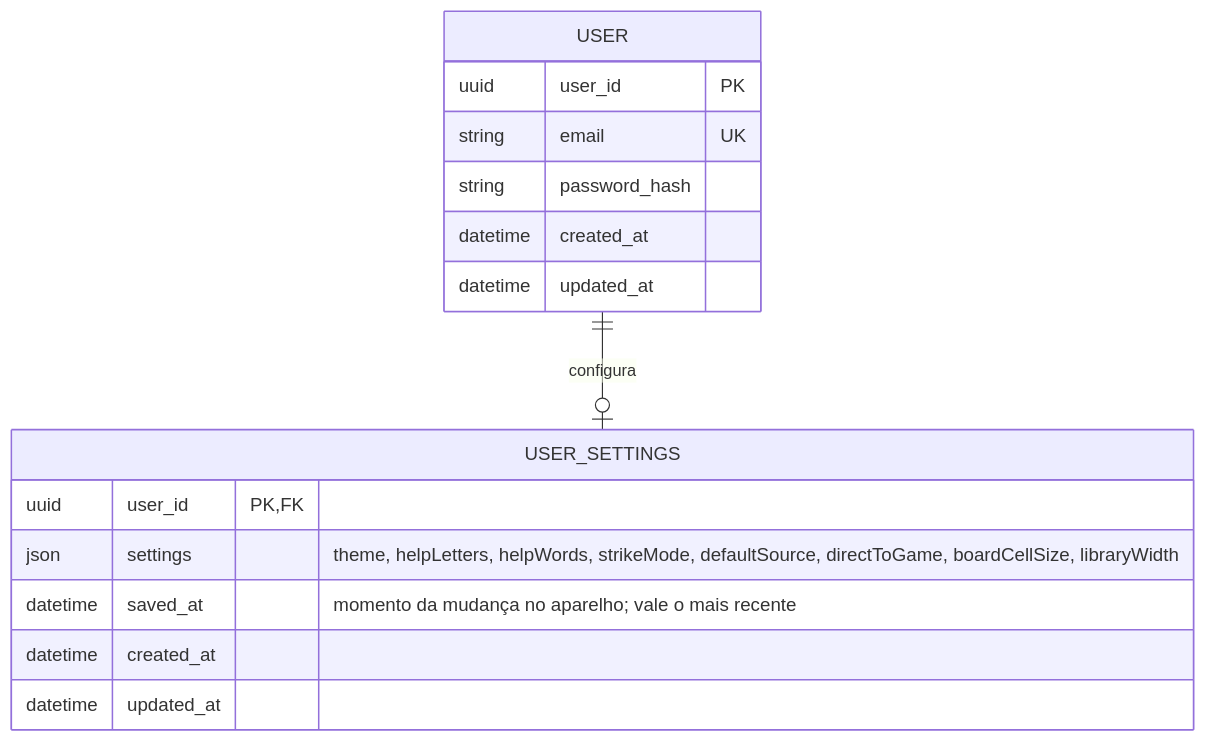
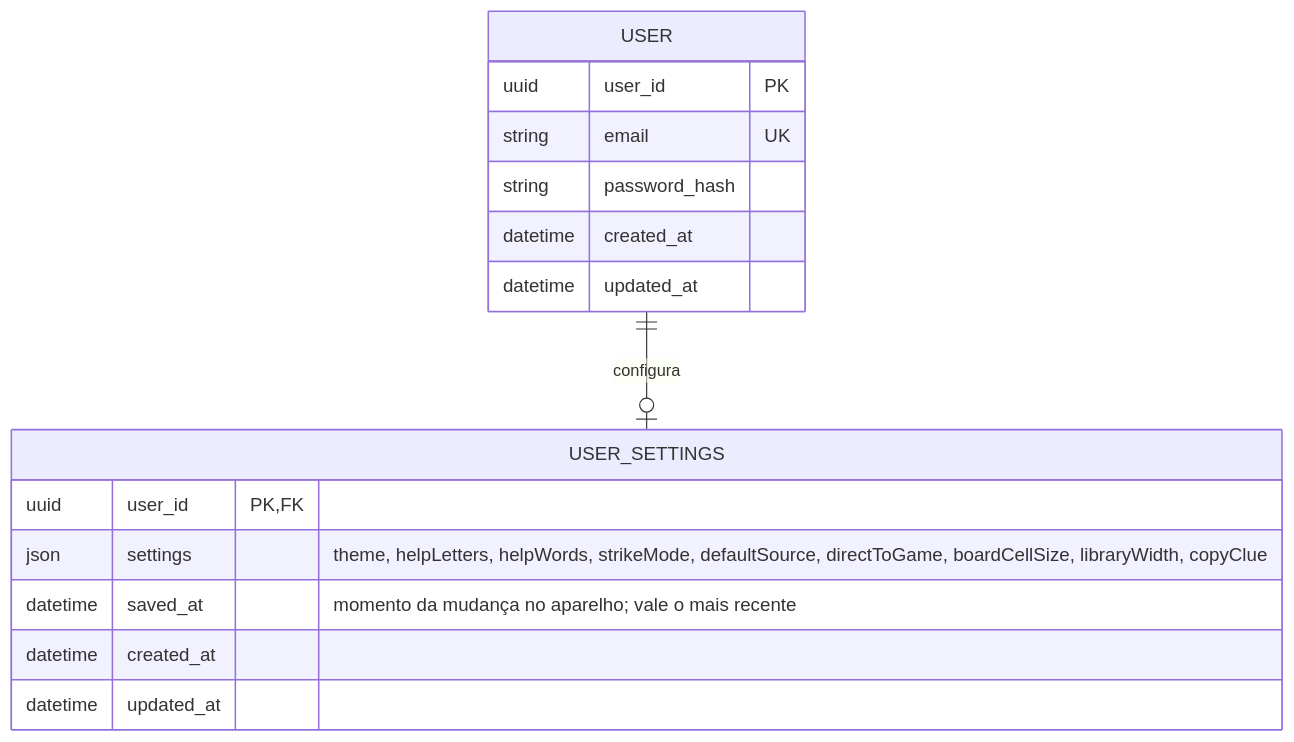
One commit to BrunoYTanaka/cruzadinha changed the diagram in docs/entity-relationship-diagrams/ERD-004-configuracoes-usuario.md. Above: the diagram before and after it, drawn with Mermaid. The commit also changed 6 other files, not shown here.

First line of the commit message:
feat(shared): add copyClue setting

````diff
--- a/docs/entity-relationship-diagrams/ERD-004-configuracoes-usuario.md
+++ b/docs/entity-relationship-diagrams/ERD-004-configuracoes-usuario.md
@@ -1,20 +1,20 @@
 ```mermaid
 erDiagram
     USER {
         uuid user_id PK
         string email UK
         string password_hash
         datetime created_at
         datetime updated_at
     }
 
     USER_SETTINGS {
         uuid user_id PK, FK
-        json settings "theme, helpLetters, helpWords, strikeMode, defaultSource, directToGame, boardCellSize, libraryWidth"
+        json settings "theme, helpLetters, helpWords, strikeMode, defaultSource, directToGame, boardCellSize, libraryWidth, copyClue"
         datetime saved_at "momento da mudança no aparelho; vale o mais recente"
         datetime created_at
         datetime updated_at
     }
 
     USER ||--o| USER_SETTINGS : "configura"
 ```
````
